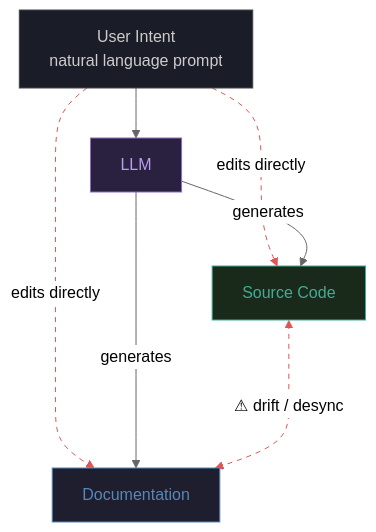
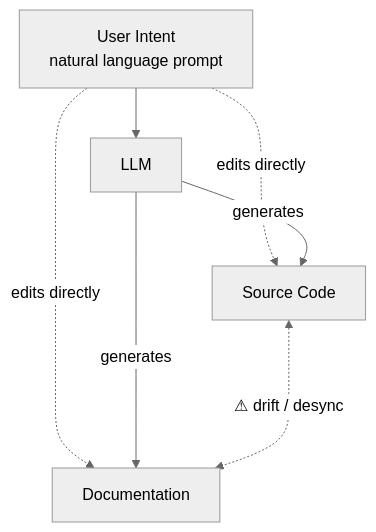
Before and after one commit to davidroeca/NotarAI: the second of 13 diagrams in docs-site/src/content/docs/background/design-diagrams.md, drawn with Mermaid (neutral theme). The commit also changed other lines of this file and 12 other files, not shown here.

First line of the commit message:
Update docs site - mermaid rendering

````diff
--- a/docs-site/src/content/docs/background/design-diagrams.md
+++ b/docs-site/src/content/docs/background/design-diagrams.md
@@ -30,23 +26,14 @@
 ```mermaid
 flowchart TD
     Intent["User Intent<br/>natural language prompt"]
     LLM["LLM"]
     Code["Source Code"]
     Docs["Documentation"]
 
     Intent --> LLM
     Intent -.->|"edits directly"| Code
     Intent -.->|"edits directly"| Docs
     LLM -->|generates| Code
     LLM -->|generates| Docs
     Code <-..->|"⚠ drift / desync"| Docs
-
-    style Intent fill:#1a1d27,stroke:#444,color:#ccc
-    style LLM fill:#2a2040,stroke:#8b6fc0,color:#b89eed
-    style Code fill:#1a2a1a,stroke:#4a9,color:#4a9
-    style Docs fill:#1e1e2e,stroke:#5588bb,color:#5588bb
-
-    linkStyle 1 stroke:#e05555,stroke-dasharray:5 5
-    linkStyle 2 stroke:#e05555,stroke-dasharray:5 5
-    linkStyle 5 stroke:#e05555,stroke-dasharray:5 5
 ```
````
